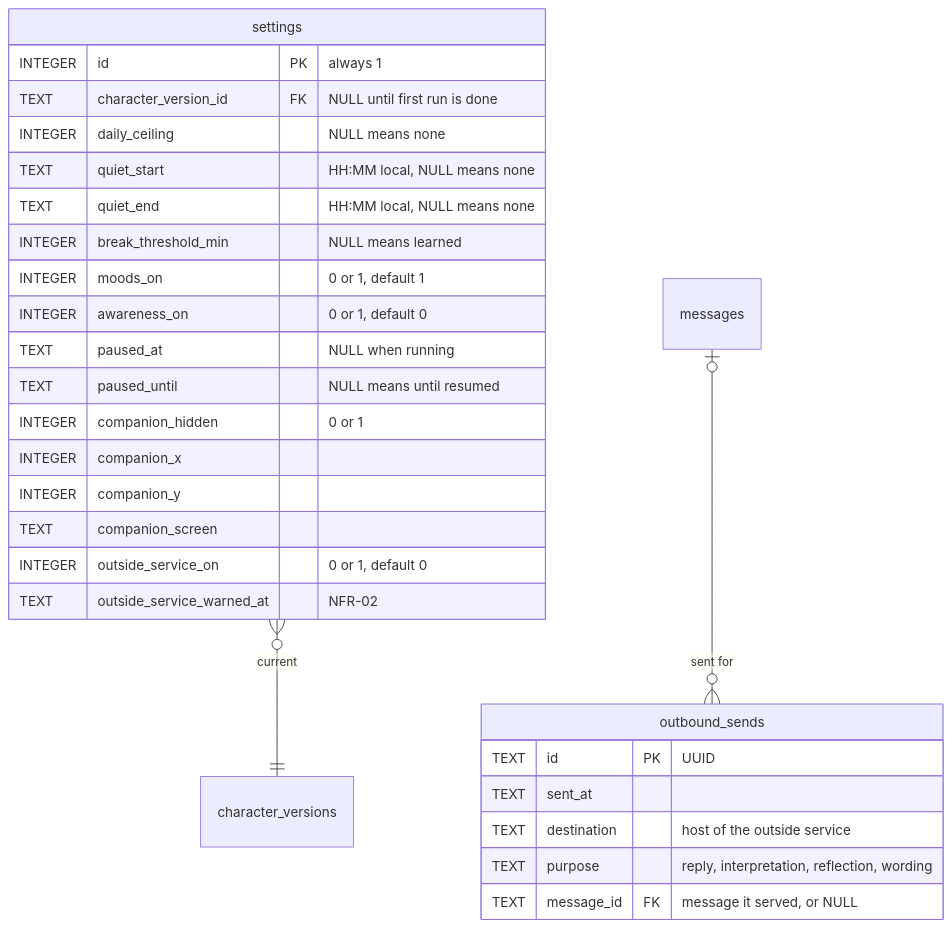
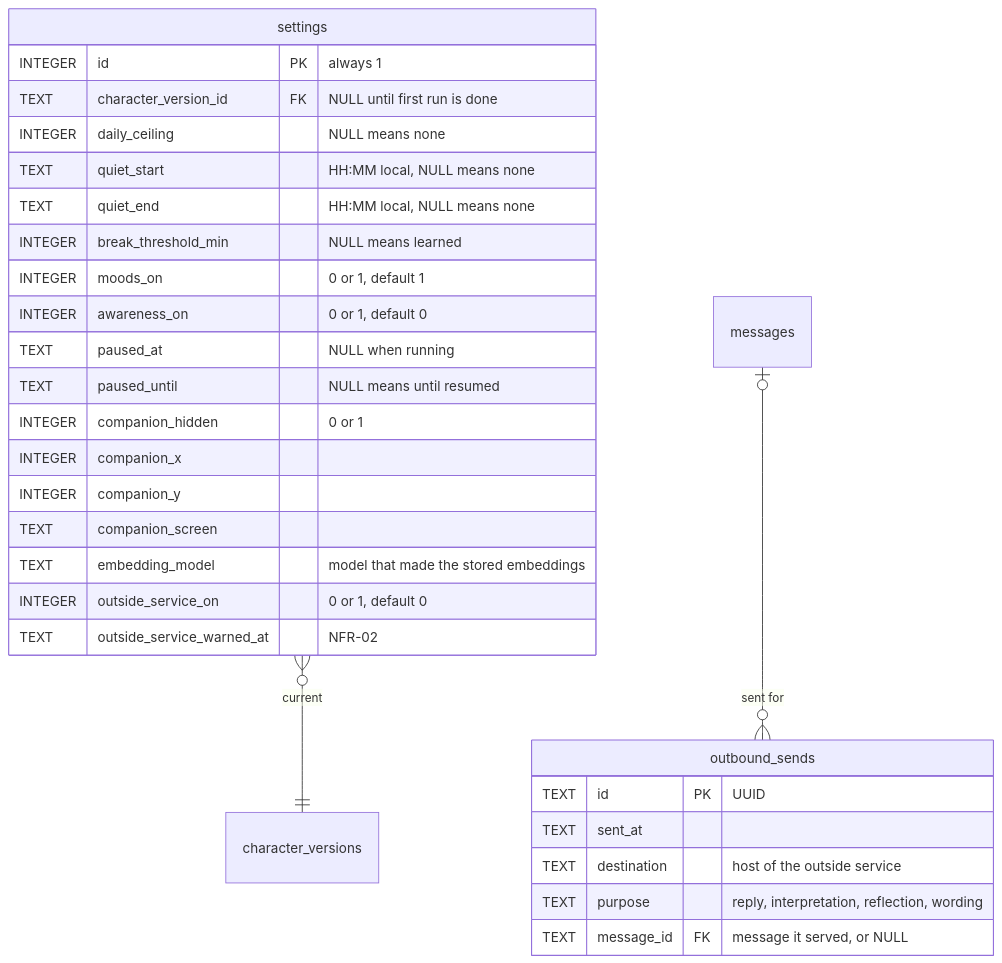
One commit to NguyenVu04/cognia changed the tenth of 10 diagrams in docs/ERD.md. Above: the diagram before and after it, drawn with Mermaid. The commit also changed other lines of this file and 24 other files, not shown here.

````diff
--- a/docs/ERD.md
+++ b/docs/ERD.md
@@ -920,30 +949,31 @@
 ```mermaid
 erDiagram
     settings {
         INTEGER id PK "always 1"
         TEXT character_version_id FK "NULL until first run is done"
         INTEGER daily_ceiling "NULL means none"
         TEXT quiet_start "HH:MM local, NULL means none"
         TEXT quiet_end "HH:MM local, NULL means none"
         INTEGER break_threshold_min "NULL means learned"
         INTEGER moods_on "0 or 1, default 1"
         INTEGER awareness_on "0 or 1, default 0"
         TEXT paused_at "NULL when running"
         TEXT paused_until "NULL means until resumed"
         INTEGER companion_hidden "0 or 1"
         INTEGER companion_x
         INTEGER companion_y
         TEXT companion_screen
+        TEXT embedding_model "model that made the stored embeddings"
         INTEGER outside_service_on "0 or 1, default 0"
         TEXT outside_service_warned_at "NFR-02"
     }
     outbound_sends {
         TEXT id PK "UUID"
         TEXT sent_at
         TEXT destination "host of the outside service"
         TEXT purpose "reply, interpretation, reflection, wording"
         TEXT message_id FK "message it served, or NULL"
     }
     settings }o--|| character_versions : "current"
     messages |o--o{ outbound_sends : "sent for"
 ```
````
